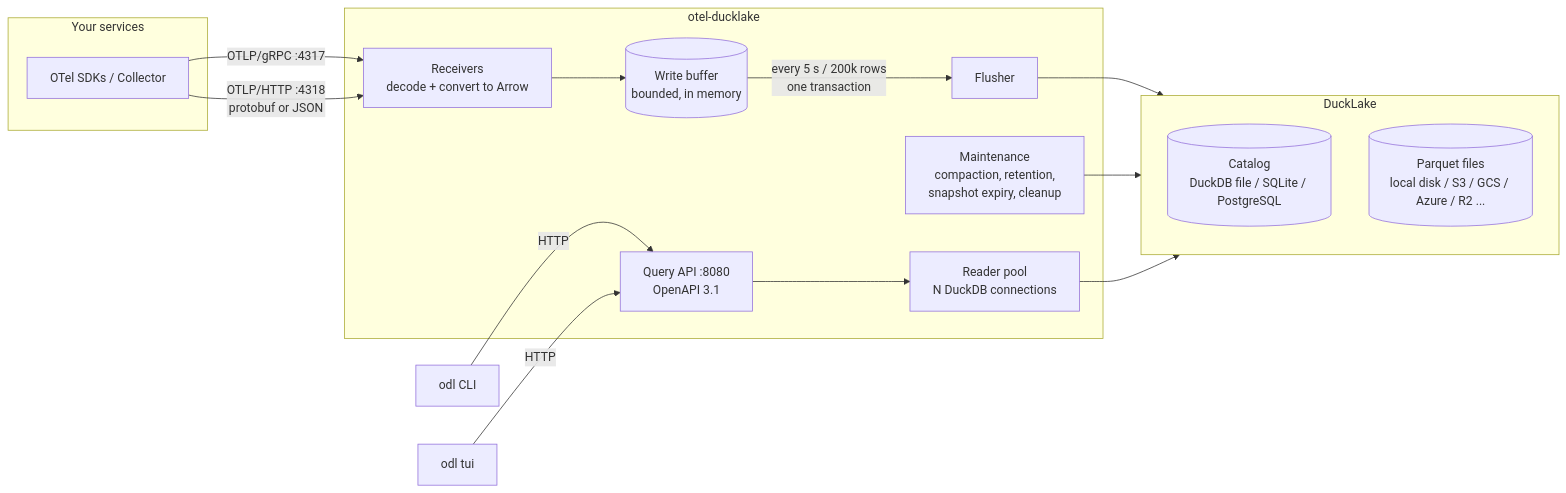
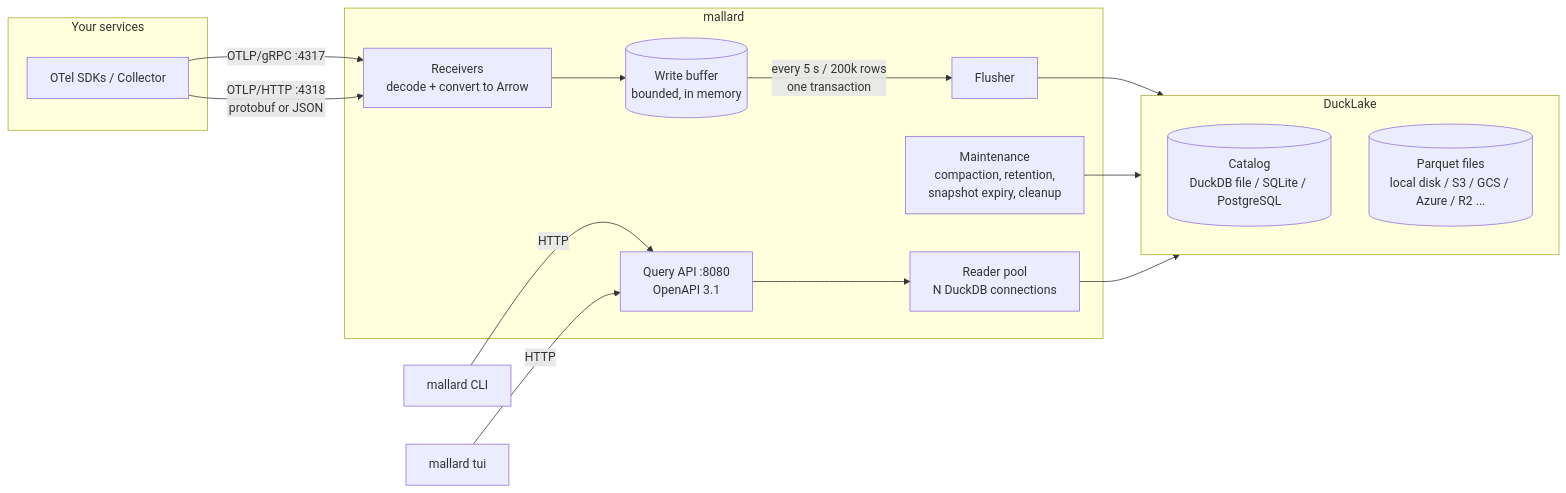
The diagram in docs/otel/architecture.md (helico-tech/mallard), drawn with Mermaid before and after one commit. The commit also changed other lines of this file and 21 other files, not shown here.

````diff
--- a/docs/otel/architecture.md
+++ b/docs/otel/architecture.md
@@ -7,23 +7,23 @@
 ```mermaid
 flowchart LR
   subgraph apps[Your services]
     A[OTel SDKs / Collector]
   end
   A -- OTLP/gRPC :4317 --> R
   A -- OTLP/HTTP :4318<br/>protobuf or JSON --> R
-  subgraph srv[otel-ducklake]
+  subgraph srv[mallard]
     R[Receivers<br/>decode + convert to Arrow] --> B[(Write buffer<br/>bounded, in memory)]
     B -- every 5 s / 200k rows<br/>one transaction --> F[Flusher]
     M[Maintenance<br/>compaction, retention,<br/>snapshot expiry, cleanup]
     Q[Query API :8080<br/>OpenAPI 3.1] --> P[Reader pool<br/>N DuckDB connections]
   end
   F --> D
   M --> D
   P --> D
   subgraph D[DuckLake]
     C[(Catalog<br/>DuckDB file / SQLite / PostgreSQL)]
     O[(Parquet files<br/>local disk / S3 / GCS / Azure / R2 ...)]
   end
-  CLI[odl CLI] -- HTTP --> Q
-  TUI[odl tui] -- HTTP --> Q
+  CLI[mallard CLI] -- HTTP --> Q
+  TUI[mallard tui] -- HTTP --> Q
 ```
````
